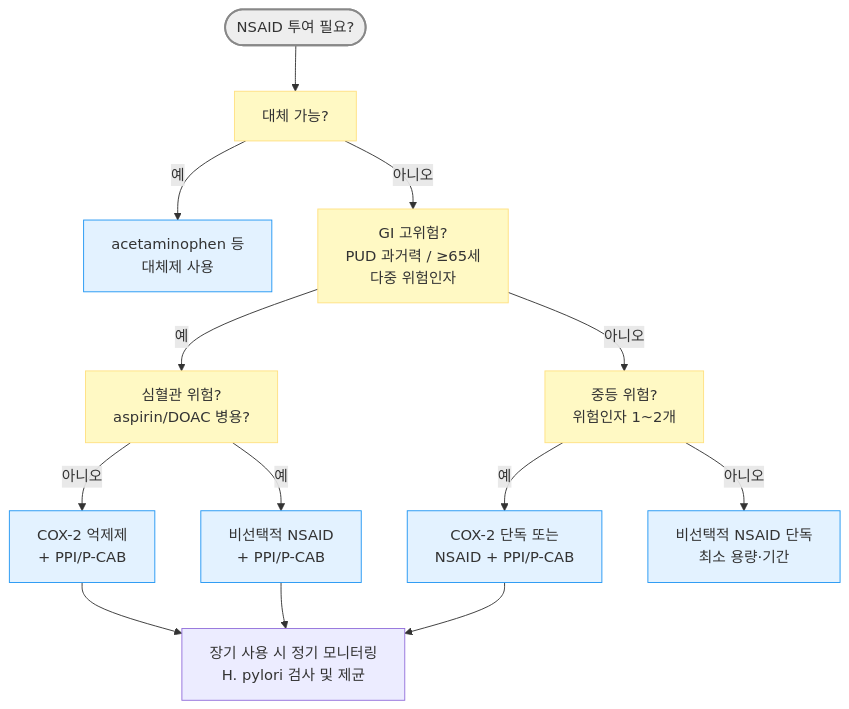
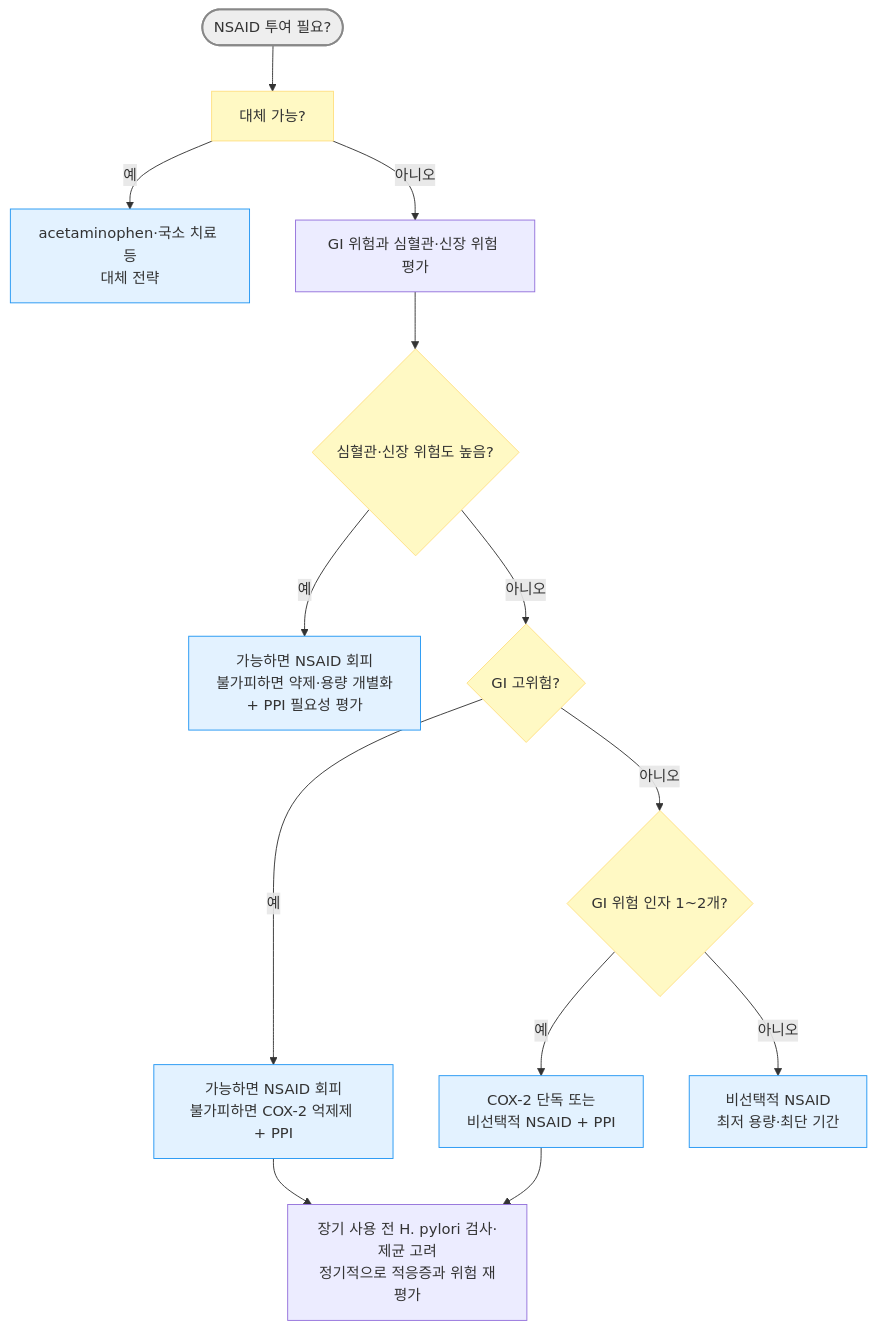
The second of 2 diagrams in 224_/079_-peptic-ulcer-pud.md (familyoh77/familyoh77), drawn with Mermaid before and after one commit. The commit also changed other lines of this file and 15 other files, not shown here.

````diff
--- a/224_/079_-peptic-ulcer-pud.md
+++ b/224_/079_-peptic-ulcer-pud.md
@@ -259,21 +275,21 @@
 ```mermaid
 graph TD
 A([NSAID 투여 필요?]) --> B[대체 가능?]
-    B -- 예 --> C[acetaminophen 등<br/>대체제 사용]
-    B -- 아니오 --> D[GI 고위험?<br/>PUD 과거력 / ≥65세<br/>다중 위험인자]
-    D -- 예 --> E[심혈관 위험?<br/>aspirin/DOAC 병용?]
-    E -- 아니오 --> F[COX-2 억제제 <br/>+ PPI/P-CAB]
-    E -- 예 --> G[비선택적 NSAID <br/>+ PPI/P-CAB]
-    D -- 아니오 --> H[중등 위험?<br/>위험인자 1~2개]
-    H -- 예 --> I[COX-2 단독 또는<br/>NSAID + PPI/P-CAB]
-    H -- 아니오 --> J[비선택적 NSAID 단독<br/>최소 용량·기간]
-    F --> K[장기 사용 시 정기 모니터링<br/>H. pylori 검사 및 제균]
-    G --> K
-    I --> K
+    B -- 예 --> C[acetaminophen·국소 치료 등<br/>대체 전략]
+    B -- 아니오 --> D[GI 위험과 심혈관·신장 위험 평가]
+    D --> E{심혈관·신장 위험도 높음?}
+    E -- 예 --> G[가능하면 NSAID 회피<br/>불가피하면 약제·용량 개별화<br/>+ PPI 필요성 평가]
+    E -- 아니오 --> F{GI 고위험?}
+    F -- 예 --> H[가능하면 NSAID 회피<br/>불가피하면 COX-2 억제제 + PPI]
+    F -- 아니오 --> I{GI 위험 인자 1~2개?}
+    I -- 예 --> J[COX-2 단독 또는<br/>비선택적 NSAID + PPI]
+    I -- 아니오 --> K[비선택적 NSAID<br/>최저 용량·최단 기간]
+    H --> L[장기 사용 전 H. pylori 검사·제균 고려<br/>정기적으로 적응증과 위험 재평가]
+    J --> L
 
 style A fill:#eeeeee,stroke:#888888,stroke-width:2px
 classDef yellow fill:#fff9c4,stroke:#ffe082
-class B,D,E,H yellow
+class B,E,F,I yellow
 classDef sky fill:#e3f2ff,stroke:#2196f3
-class C,F,G,I,J sky
+class C,G,H,J,K sky
 ```
````
